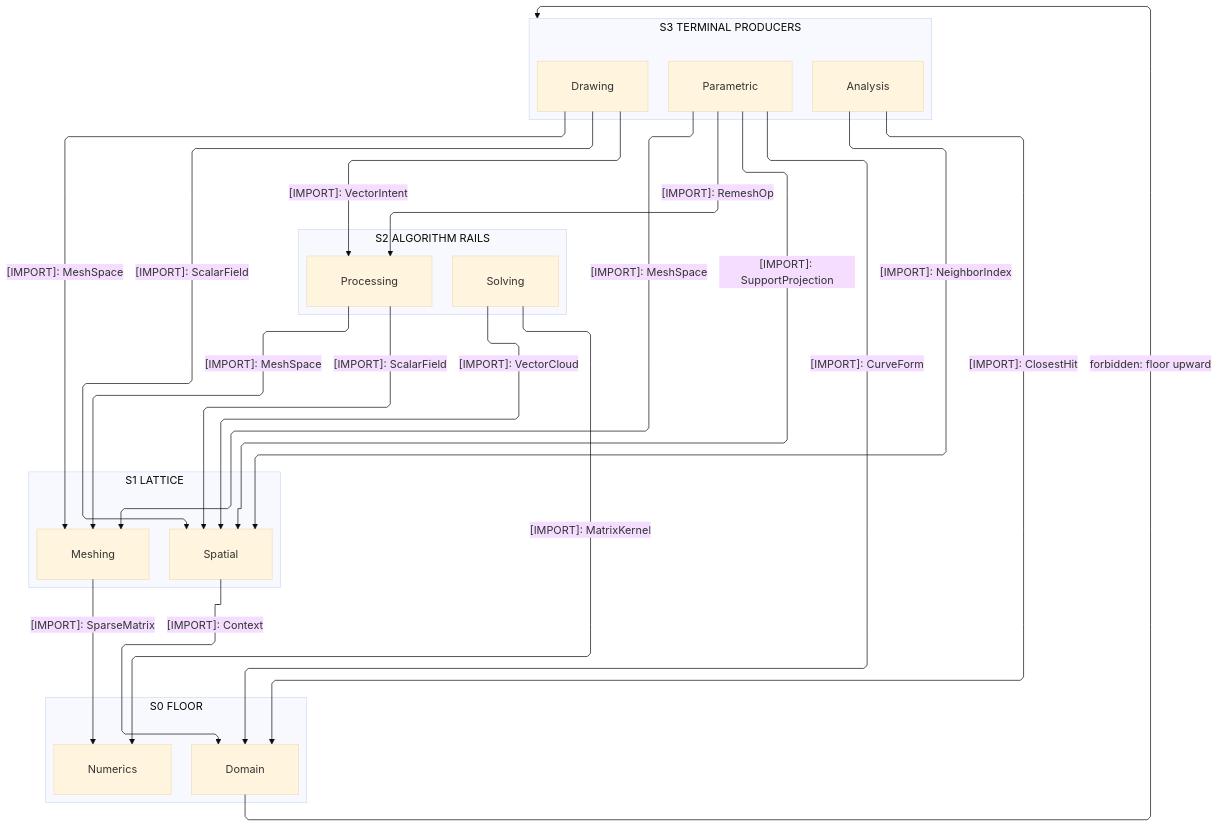
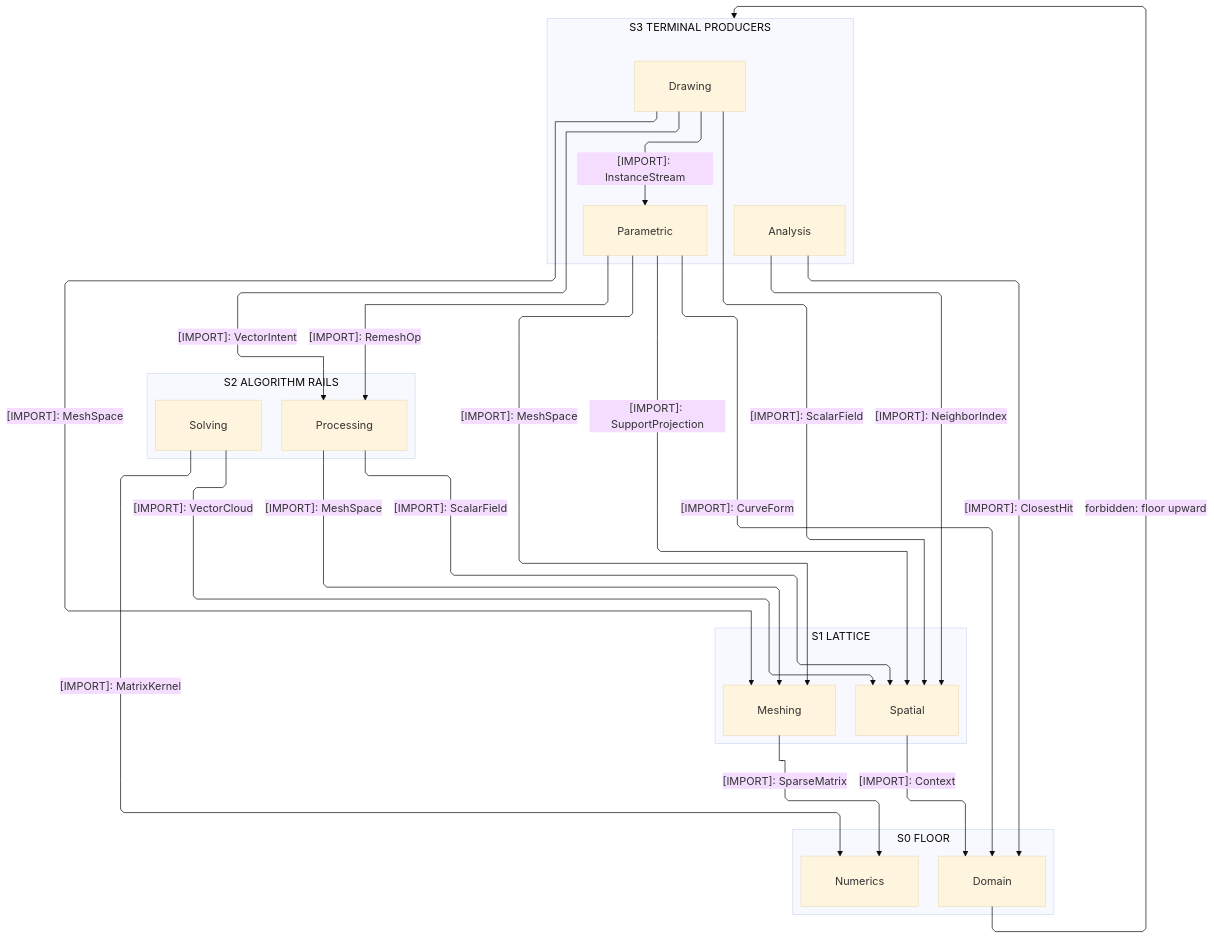
The first of 4 diagrams in libs/csharp/Rasm/ARCHITECTURE.md (bsamiee/Rasm), drawn with Mermaid (base theme) before and after one commit. The commit also changed other lines of this file and 108 other files, not shown here.

Commit message:
Land the coldpass doc-set deltas across README, ARCHITECTURE, RULINGS, IDEAS, and TASKLOG files

````diff
--- a/libs/csharp/Rasm/ARCHITECTURE.md
+++ b/libs/csharp/Rasm/ARCHITECTURE.md
@@ -98,45 +100,46 @@
 ```mermaid
 ---
 config:
   layout: elk
   flowchart:
     curve: linear
     padding: 25
 ---
 flowchart TB
     accTitle: Rasm kernel interior strata
-    accDescr: Four stacked strata from the terminal parametric, drawing, and analysis producers through the processing and solving rails onto the spatial-meshing lattice and the domain-numerics floor, every consumption edge downward and solid naming one sourced type, and one forbidden upward edge marked.
+    accDescr: Four stacked strata from the terminal parametric, drawing, and analysis producers through the processing and solving rails onto the spatial-meshing lattice and the domain-numerics floor, every consumption edge downward or a recorded same-stratum reach and solid naming one sourced type, and one forbidden upward edge marked.
     subgraph S3["S3 TERMINAL PRODUCERS"]
         Analysis[Analysis]
         Parametric[Parametric]
         Drawing[Drawing]
     end
     subgraph S2["S2 ALGORITHM RAILS"]
         Solving[Solving]
         Processing[Processing]
     end
     subgraph S1["S1 LATTICE"]
         Meshing[Meshing]
         Spatial[Spatial]
     end
     subgraph S0["S0 FLOOR"]
         Numerics[Numerics]
         Domain[Domain]
     end
     Parametric e1@-->|"[IMPORT]: RemeshOp"| Processing
     Drawing e2@-->|"[IMPORT]: VectorIntent"| Processing
     Parametric e3@-->|"[IMPORT]: MeshSpace"| Meshing
     Drawing e4@-->|"[IMPORT]: MeshSpace"| Meshing
+    Drawing e16@-->|"[IMPORT]: InstanceStream"| Parametric
     Drawing e5@-->|"[IMPORT]: ScalarField"| Spatial
     Parametric e6@-->|"[IMPORT]: SupportProjection"| Spatial
     Analysis e7@-->|"[IMPORT]: NeighborIndex"| Spatial
     Analysis e8@-->|"[IMPORT]: ClosestHit"| Domain
     Parametric e9@-->|"[IMPORT]: CurveForm"| Domain
     Processing e10@-->|"[IMPORT]: MeshSpace"| Meshing
     Processing e11@-->|"[IMPORT]: ScalarField"| Spatial
     Solving e12@-->|"[IMPORT]: MatrixKernel"| Numerics
     Solving e13@-->|"[IMPORT]: VectorCloud"| Spatial
     Meshing e14@-->|"[IMPORT]: SparseMatrix"| Numerics
     Spatial e15@-->|"[IMPORT]: Context"| Domain
     Domain f1@-->|"forbidden: floor upward"| S3
 ```
````
